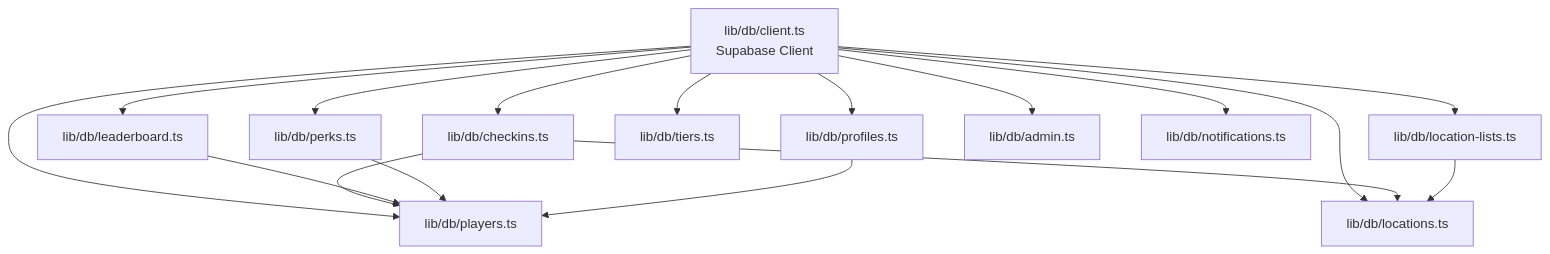
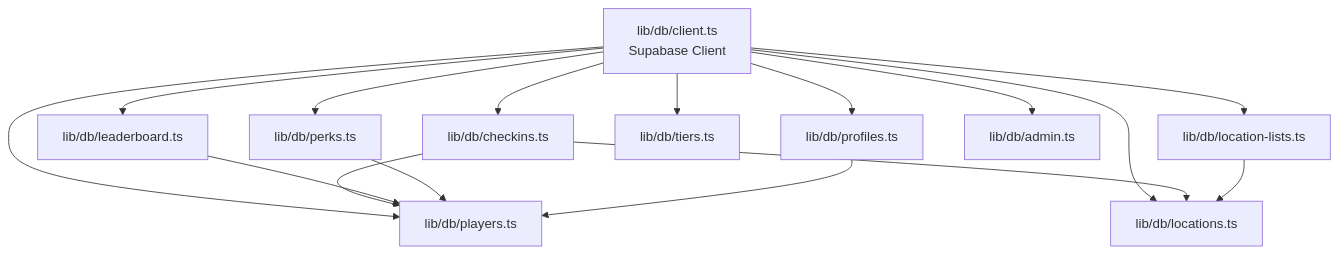
One commit to hurley87/refraction changed the diagram in DATA_LAYER_SCHEMA.md. Above: the diagram before and after it, drawn with Mermaid. The commit also changed other lines of this file and 9 other files, not shown here.

````diff
--- a/DATA_LAYER_SCHEMA.md
+++ b/DATA_LAYER_SCHEMA.md
@@ -57,33 +57,31 @@
 ```mermaid
 graph TD
     Client[lib/db/client.ts<br/>Supabase Client]
 
     Players[lib/db/players.ts]
     Locations[lib/db/locations.ts]
     LocationLists[lib/db/location-lists.ts]
     Checkins[lib/db/checkins.ts]
     Leaderboard[lib/db/leaderboard.ts]
     Perks[lib/db/perks.ts]
     Tiers[lib/db/tiers.ts]
     Profiles[lib/db/profiles.ts]
     Admin[lib/db/admin.ts]
-    Notifications[lib/db/notifications.ts]
 
     Client --> Players
     Client --> Locations
     Client --> LocationLists
     Client --> Checkins
     Client --> Leaderboard
     Client --> Perks
     Client --> Tiers
     Client --> Profiles
     Client --> Admin
-    Client --> Notifications
 
     Checkins --> Players
     Checkins --> Locations
     Leaderboard --> Players
     Perks --> Players
     Profiles --> Players
     LocationLists --> Locations
 ```
````
